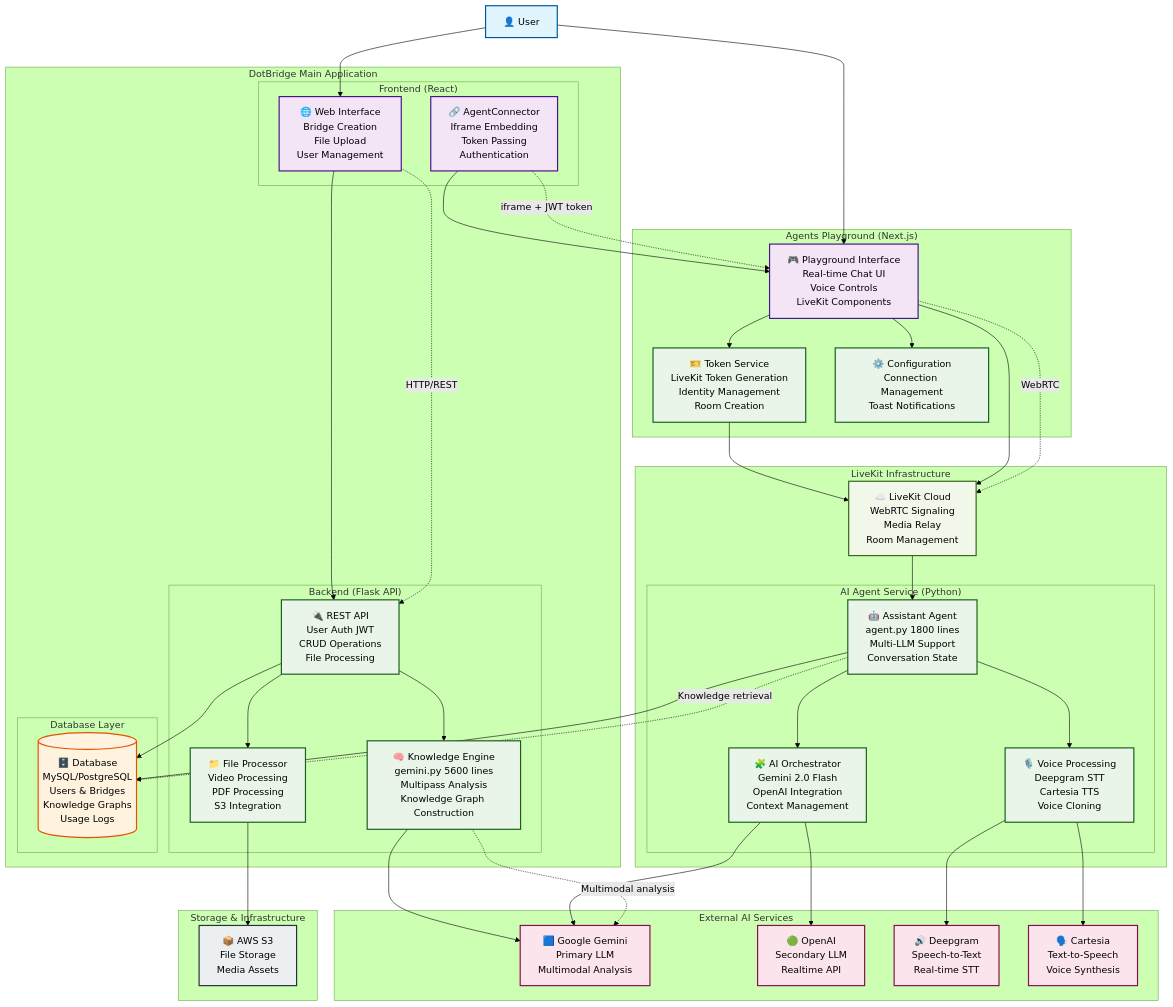
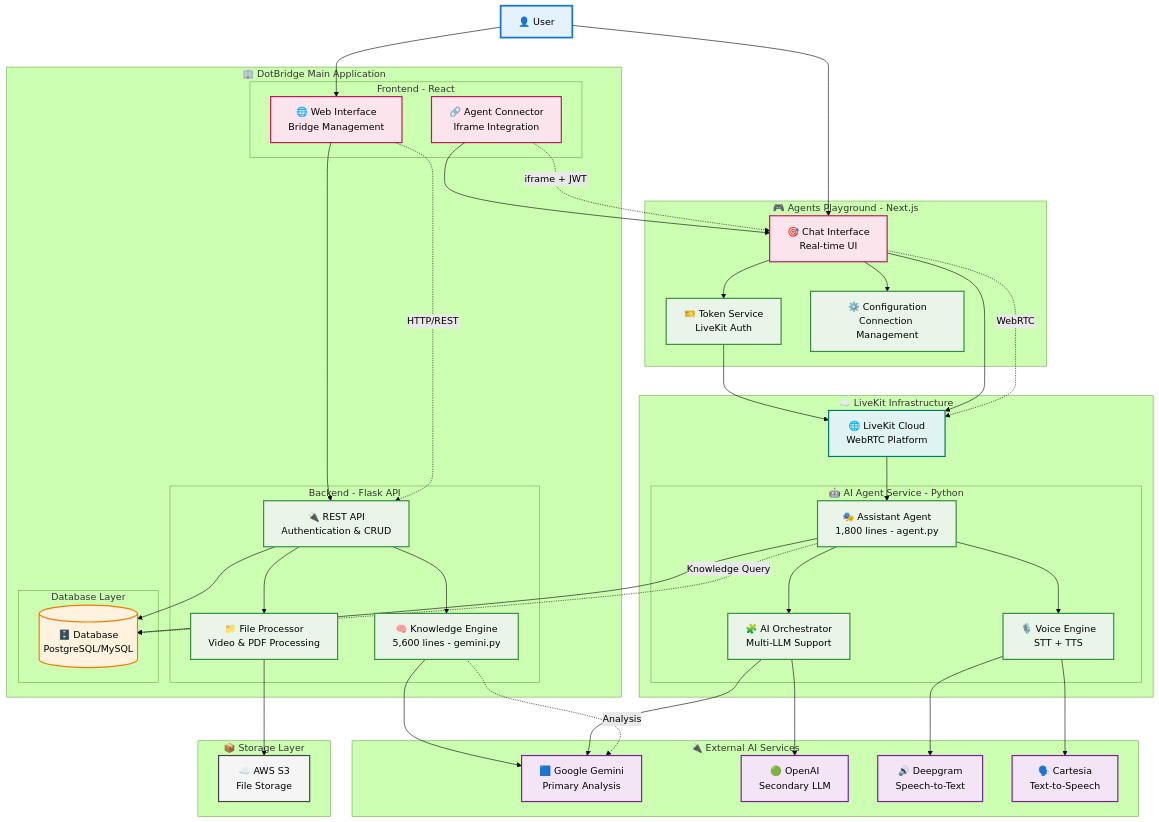
One commit to levbszabo/brdge-v1 changed the diagram in SYSTEM_DESIGN.md. Above: the diagram before and after it, drawn with Mermaid (forest theme). The commit also changed 1 other file, not shown here.

Commit message:
fixed system design docs

```diff
--- a/SYSTEM_DESIGN.md
+++ b/SYSTEM_DESIGN.md
@@ -20,51 +20,51 @@
     User[👤 User]
     
     %% DotBridge Main Application
-    subgraph DotBridge["DotBridge Main Application"]
-        subgraph Frontend["Frontend (React)"]
-            WebUI["🌐 Web Interface<br/>Bridge Creation<br/>File Upload<br/>User Management"]
-            AgentConn["🔗 AgentConnector<br/>Iframe Embedding<br/>Token Passing<br/>Authentication"]
+    subgraph DotBridge["🏢 DotBridge Main Application"]
+        subgraph Frontend["Frontend - React"]
+            WebUI["🌐 Web Interface<br/>Bridge Management"]
+            AgentConn["🔗 Agent Connector<br/>Iframe Integration"]
         end
         
-        subgraph Backend["Backend (Flask API)"]
-            API["🔌 REST API<br/>User Auth JWT<br/>CRUD Operations<br/>File Processing"]
-            KnowledgeEngine["🧠 Knowledge Engine<br/>gemini.py 5600 lines<br/>Multipass Analysis<br/>Knowledge Graph Construction"]
-            FileProcessor["📁 File Processor<br/>Video Processing<br/>PDF Processing<br/>S3 Integration"]
+        subgraph Backend["Backend - Flask API"]
+            API["🔌 REST API<br/>Authentication & CRUD"]
+            KnowledgeEngine["🧠 Knowledge Engine<br/>5,600 lines - gemini.py"]
+            FileProcessor["📁 File Processor<br/>Video & PDF Processing"]
         end
         
         subgraph Database["Database Layer"]
-            DB[("🗄️ Database<br/>MySQL/PostgreSQL<br/>Users & Bridges<br/>Knowledge Graphs<br/>Usage Logs")]
+            DB[("🗄️ Database<br/>PostgreSQL/MySQL")]
         end
     end
     
     %% Agents Playground
-    subgraph Playground["Agents Playground (Next.js)"]
-        PlaygroundUI["🎮 Playground Interface<br/>Real-time Chat UI<br/>Voice Controls<br/>LiveKit Components"]
-        TokenAPI["🎫 Token Service<br/>LiveKit Token Generation<br/>Identity Management<br/>Room Creation"]
-        ConfigProvider["⚙️ Configuration<br/>Connection Management<br/>Toast Notifications"]
+    subgraph Playground["🎮 Agents Playground - Next.js"]
+        PlaygroundUI["🎯 Chat Interface<br/>Real-time UI"]
+        TokenAPI["🎫 Token Service<br/>LiveKit Auth"]
+        ConfigProvider["⚙️ Configuration<br/>Connection Management"]
     end
     
     %% LiveKit Infrastructure
-    subgraph LiveKitInfra["LiveKit Infrastructure"]
-        LiveKitCloud["☁️ LiveKit Cloud<br/>WebRTC Signaling<br/>Media Relay<br/>Room Management"]
+    subgraph LiveKitInfra["☁️ LiveKit Infrastructure"]
+        LiveKitCloud["🌐 LiveKit Cloud<br/>WebRTC Platform"]
         
-        subgraph AgentService["AI Agent Service (Python)"]
-            Agent["🤖 Assistant Agent<br/>agent.py 1800 lines<br/>Multi-LLM Support<br/>Conversation State"]
-            VoiceEngine["🎙️ Voice Processing<br/>Deepgram STT<br/>Cartesia TTS<br/>Voice Cloning"]
-            AIOrchestrator["🧩 AI Orchestrator<br/>Gemini 2.0 Flash<br/>OpenAI Integration<br/>Context Management"]
+        subgraph AgentService["🤖 AI Agent Service - Python"]
+            Agent["🎭 Assistant Agent<br/>1,800 lines - agent.py"]
+            VoiceEngine["🎙️ Voice Engine<br/>STT + TTS"]
+            AIOrchestrator["🧩 AI Orchestrator<br/>Multi-LLM Support"]
         end
     end
     
     %% External Services
-    subgraph ExternalAI["External AI Services"]
-        Gemini["🟦 Google Gemini<br/>Primary LLM<br/>Multimodal Analysis"]
-        OpenAI["🟢 OpenAI<br/>Secondary LLM<br/>Realtime API"]
-        Deepgram["🔊 Deepgram<br/>Speech-to-Text<br/>Real-time STT"]
-        Cartesia["🗣️ Cartesia<br/>Text-to-Speech<br/>Voice Synthesis"]
+    subgraph ExternalAI["🔌 External AI Services"]
+        Gemini["🟦 Google Gemini<br/>Primary Analysis"]
+        OpenAI["🟢 OpenAI<br/>Secondary LLM"]
+        Deepgram["🔊 Deepgram<br/>Speech-to-Text"]
+        Cartesia["🗣️ Cartesia<br/>Text-to-Speech"]
     end
     
-    subgraph Storage["Storage & Infrastructure"]
-        S3["📦 AWS S3<br/>File Storage<br/>Media Assets"]
+    subgraph Storage["📦 Storage Layer"]
+        S3["☁️ AWS S3<br/>File Storage"]
     end
     
     %% User Interactions
@@ -99,20 +99,20 @@
     VoiceEngine --> Cartesia
     
     %% Data Flow Annotations
-    WebUI -.->|"HTTP/REST"| API
-    AgentConn -.->|"iframe + JWT token"| PlaygroundUI
-    PlaygroundUI -.->|"WebRTC"| LiveKitCloud
-    Agent -.->|"Knowledge retrieval"| DB
-    KnowledgeEngine -.->|"Multimodal analysis"| Gemini
+    WebUI -.->|HTTP/REST| API
+    AgentConn -.->|iframe + JWT| PlaygroundUI
+    PlaygroundUI -.->|WebRTC| LiveKitCloud
+    Agent -.->|Knowledge Query| DB
+    KnowledgeEngine -.->|Analysis| Gemini
     
     %% Styling
-    classDef userClass fill:#e1f5fe,stroke:#01579b,stroke-width:2px
-    classDef frontendClass fill:#f3e5f5,stroke:#4a148c,stroke-width:2px
-    classDef backendClass fill:#e8f5e8,stroke:#1b5e20,stroke-width:2px
-    classDef databaseClass fill:#fff3e0,stroke:#e65100,stroke-width:2px
-    classDef aiClass fill:#fce4ec,stroke:#880e4f,stroke-width:2px
-    classDef infraClass fill:#f1f8e9,stroke:#33691e,stroke-width:2px
-    classDef externalClass fill:#eceff1,stroke:#263238,stroke-width:2px
+    classDef userClass fill:#e3f2fd,stroke:#1976d2,stroke-width:3px,color:#000
+    classDef frontendClass fill:#fce4ec,stroke:#c2185b,stroke-width:2px,color:#000
+    classDef backendClass fill:#e8f5e8,stroke:#388e3c,stroke-width:2px,color:#000
+    classDef databaseClass fill:#fff3e0,stroke:#f57c00,stroke-width:2px,color:#000
+    classDef aiClass fill:#f3e5f5,stroke:#7b1fa2,stroke-width:2px,color:#000
+    classDef infraClass fill:#e0f2f1,stroke:#00796b,stroke-width:2px,color:#000
+    classDef externalClass fill:#f5f5f5,stroke:#424242,stroke-width:2px,color:#000
     
     class User userClass
     class WebUI,AgentConn,PlaygroundUI frontendClass
```
